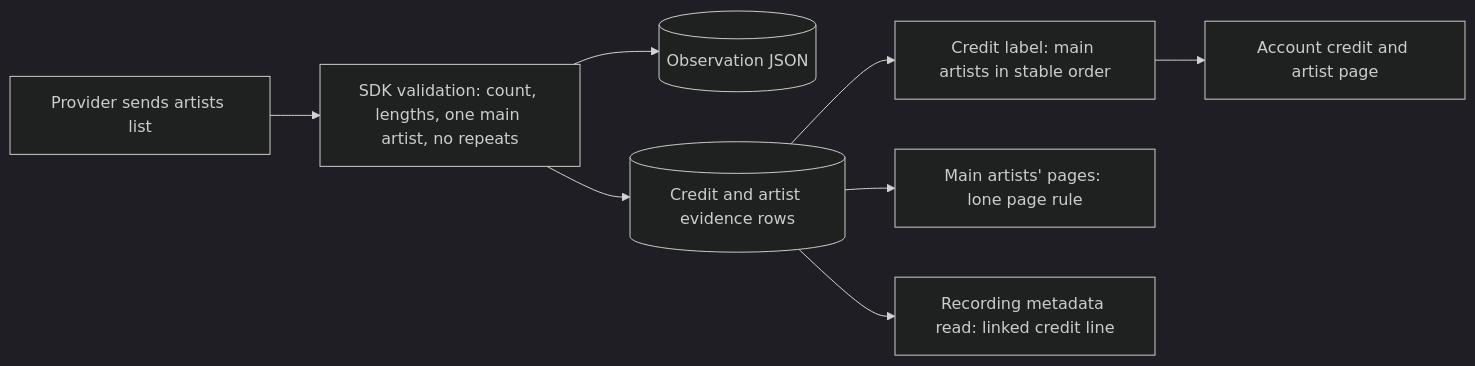
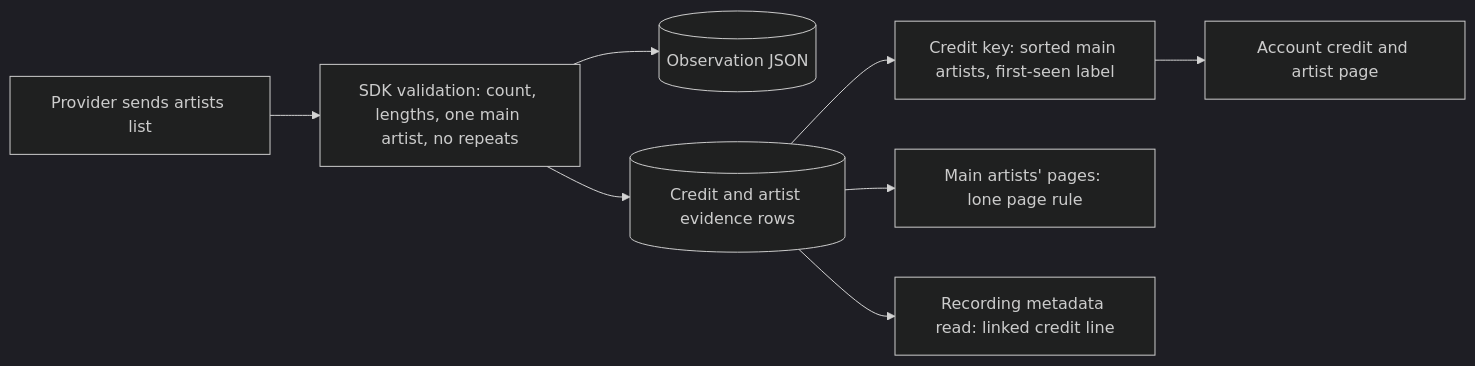
Before and after one commit to acidiney/hitoapp: the first of 2 diagrams in docs/metadata.md, drawn with Mermaid (dark theme). The commit also changed other lines of this file and 12 other files, not shown here.

Commit message:
Identify a collaboration by a sorted key and label it as first seen (migration 0078)

````diff
--- a/docs/metadata.md
+++ b/docs/metadata.md
@@ -115,10 +115,10 @@
 ```mermaid
 flowchart LR
     P[Provider sends artists list] --> V[SDK validation: count, lengths, one main artist, no repeats]
     V --> O[(Observation JSON)]
     V --> E[(Credit and artist evidence rows)]
-    E --> L[Credit label: main artists in stable order]
+    E --> L[Credit key: sorted main artists, first-seen label]
     L --> C[Account credit and artist page]
     E --> M[Main artists' pages: lone page rule]
     E --> R[Recording metadata read: linked credit line]
 ```
````
